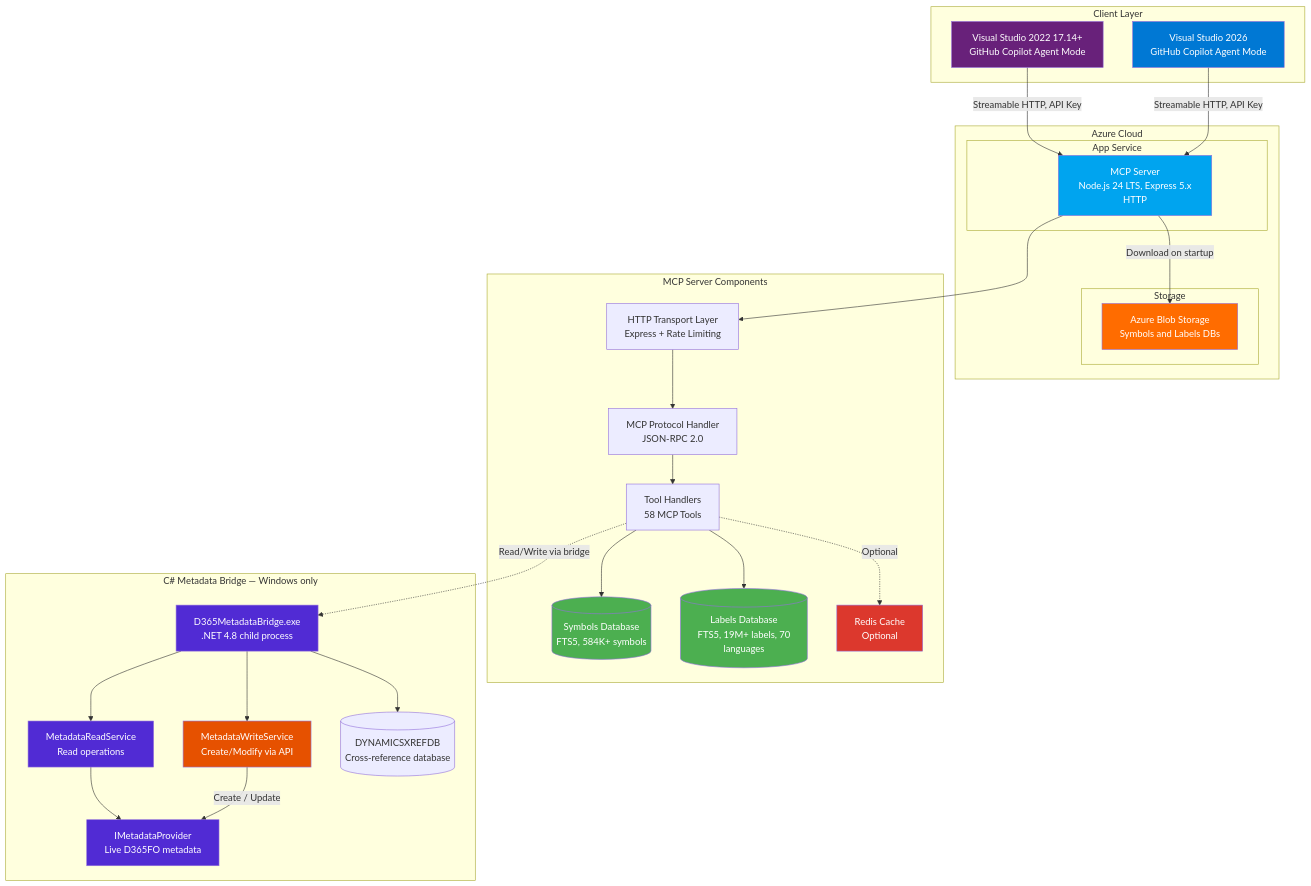
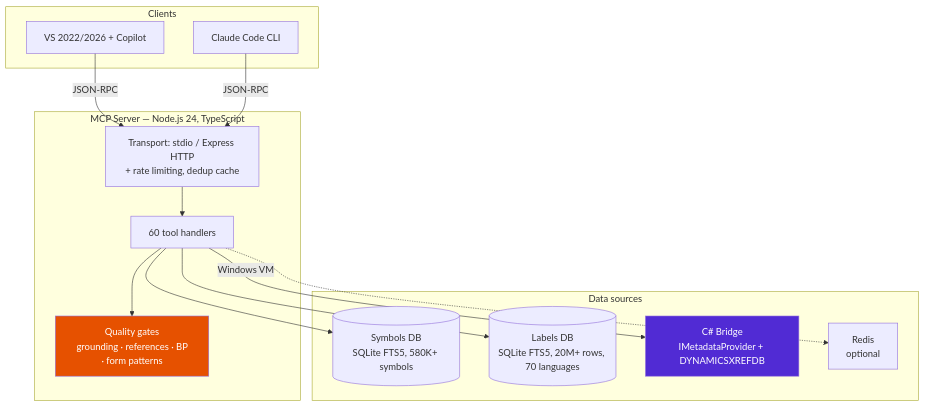
The first of 5 diagrams in docs/ARCHITECTURE.md (laeliand/d365fo-mcp-server), drawn with Mermaid before and after one commit. The commit also changed other lines of this file and 12 other files, not shown here.

````diff
--- a/docs/ARCHITECTURE.md
+++ b/docs/ARCHITECTURE.md
@@ -19,62 +9,29 @@
 ```mermaid
 graph TB
-    subgraph "Client Layer"
-        VS[Visual Studio 2022 17.14+\n GitHub Copilot Agent Mode]
-        VS2026[Visual Studio 2026\n GitHub Copilot Agent Mode]
+    subgraph Clients
+        VS[VS 2022/2026 + Copilot]
+        CC[Claude Code CLI]
     end
 
-    subgraph "Azure Cloud"
-        subgraph "App Service"
-            MCP[MCP Server\n Node.js 24 LTS, Express 5.x HTTP]
-        end
-        
-        subgraph "Storage"
-            BLOB[Azure Blob Storage\n Symbols and Labels DBs]
-        end
+    subgraph "MCP Server — Node.js 24, TypeScript"
+        TRANSPORT[Transport: stdio / Express HTTP\n+ rate limiting, dedup cache]
+        TOOLS[60 tool handlers]
+        GATES[Quality gates\n grounding · references · BP · form patterns]
     end
 
-    subgraph "MCP Server Components"
-        HTTP[HTTP Transport Layer\n Express + Rate Limiting]
-        PROTO[MCP Protocol Handler\n JSON-RPC 2.0]
-        TOOLS[Tool Handlers\n 58 MCP Tools]
-        DB[(Symbols Database\n FTS5, 584K+ symbols)]
-        LDB[(Labels Database\n FTS5, 19M+ labels, 70 languages)]
-        CACHE[Redis Cache\n Optional]
+    subgraph "Data sources"
+        DB[(Symbols DB\nSQLite FTS5, 580K+ symbols)]
+        LDB[(Labels DB\nSQLite FTS5, 20M+ rows, 70 languages)]
+        BRIDGE[C# Bridge\nIMetadataProvider + DYNAMICSXREFDB]
+        CACHE[Redis\noptional]
     end
 
-    subgraph "C# Metadata Bridge — Windows only"
-        BRIDGE_EXE[D365MetadataBridge.exe\n .NET 4.8 child process]
-        READ_SVC[MetadataReadService\n Read operations]
-        WRITE_SVC[MetadataWriteService\n Create/Modify via API]
-        IMETA[IMetadataProvider\n Live D365FO metadata]
-        XREF[(DYNAMICSXREFDB\n Cross-reference database)]
-    end
+    VS & CC -->|JSON-RPC| TRANSPORT --> TOOLS
+    TOOLS --> GATES
+    TOOLS --> DB & LDB
+    TOOLS -->|Windows VM| BRIDGE
+    TOOLS -.-> CACHE
 
-    VS -->|"Streamable HTTP, API Key"| MCP
-    VS2026 -->|"Streamable HTTP, API Key"| MCP
-    MCP -->|"Download on startup"| BLOB
-    MCP --> HTTP
-    HTTP --> PROTO
-    PROTO --> TOOLS
-    TOOLS --> DB
-    TOOLS --> LDB
-    TOOLS -.->|"Optional"| CACHE
-    TOOLS -.->|"Read/Write via bridge"| BRIDGE_EXE
-    BRIDGE_EXE --> READ_SVC
-    BRIDGE_EXE --> WRITE_SVC
-    READ_SVC --> IMETA
-    WRITE_SVC -->|"Create / Update"| IMETA
-    BRIDGE_EXE --> XREF
-    
-    style VS fill:#68217A,color:#fff
-    style VS2026 fill:#0078D4,color:#fff
-    style MCP fill:#00A4EF,color:#fff
-    style BLOB fill:#FF6C00,color:#fff
-    style DB fill:#4CAF50,color:#fff
-    style LDB fill:#4CAF50,color:#fff
-    style CACHE fill:#DC382D,color:#fff
-    style BRIDGE_EXE fill:#512BD4,color:#fff
-    style READ_SVC fill:#512BD4,color:#fff
-    style WRITE_SVC fill:#E65100,color:#fff
-    style IMETA fill:#512BD4,color:#fff
+    style BRIDGE fill:#512BD4,color:#fff
+    style GATES fill:#E65100,color:#fff
 ```
````
